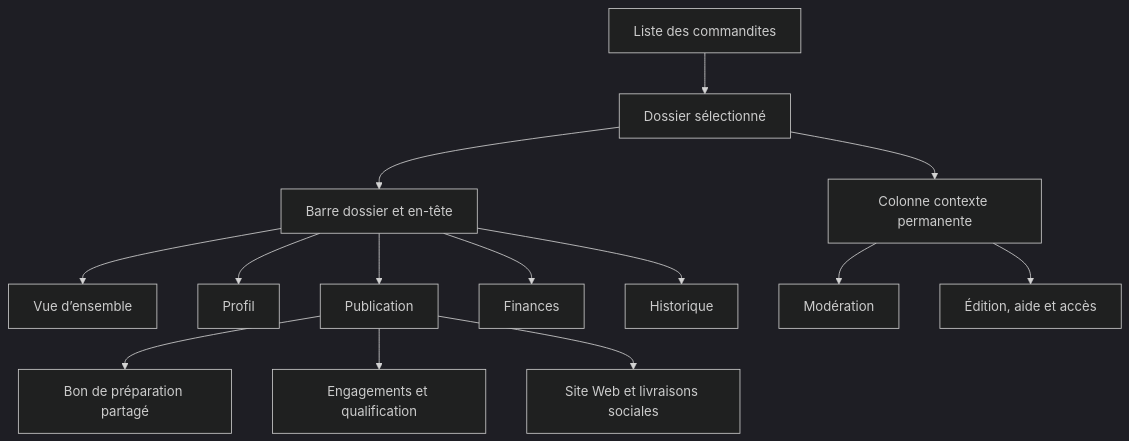
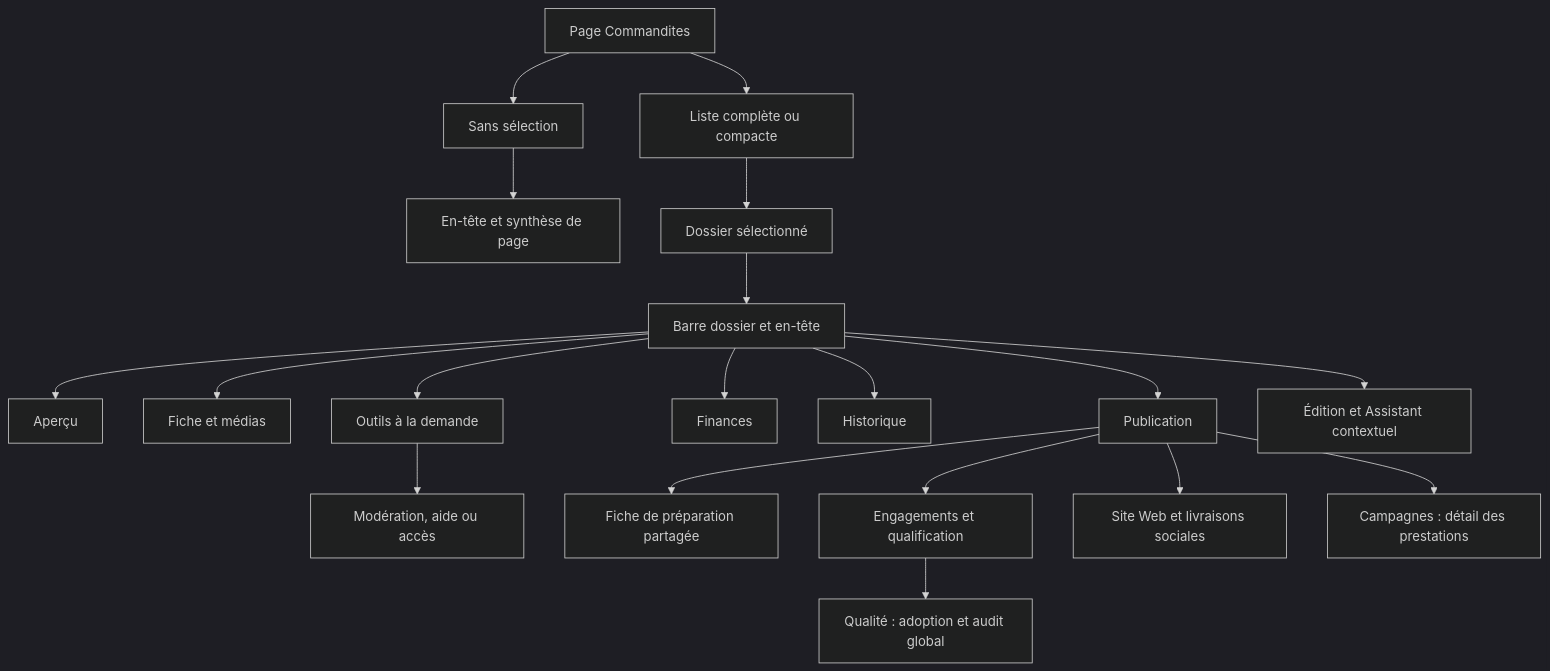
One commit to OpenG7/openg7-funding-platform changed the diagram in docs/development/admin-sponsorship-dossier-blueprint.md. Above: the diagram before and after it, drawn with Mermaid (dark theme). The commit also changed other lines of this file and 62 other files, not shown here.

````diff
--- a/docs/development/admin-sponsorship-dossier-blueprint.md
+++ b/docs/development/admin-sponsorship-dossier-blueprint.md
@@ -61,16 +129,21 @@
 ```mermaid
 flowchart TB
-  Liste[Liste des commandites] --> D[Dossier sélectionné]
+  Route[Page Commandites] --> Liste[Liste complète ou compacte]
+  Route --> Sans[Sans sélection]
+  Sans --> Entete[En-tête et synthèse de page]
+  Liste --> D[Dossier sélectionné]
   D --> T[Barre dossier et en-tête]
-  T --> O[Vue d’ensemble]
-  T --> I[Profil]
+  T --> O[Aperçu]
+  T --> I[Fiche et médias]
   T --> P[Publication]
   T --> F[Finances]
   T --> H[Historique]
-  D --> C[Colonne contexte permanente]
-  C --> M[Modération]
-  C --> U[Édition, aide et accès]
-  P --> B[Bon de préparation partagé]
+  T --> C[Outils à la demande]
+  C --> M[Modération, aide ou accès]
+  T --> U[Édition et Assistant contextuel]
+  P --> B[Fiche de préparation partagée]
   P --> A[Engagements et qualification]
   P --> S[Site Web et livraisons sociales]
+  P --> CAM[Campagnes : détail des prestations]
+  A --> Q[Qualité : adoption et audit global]
 ```
````
